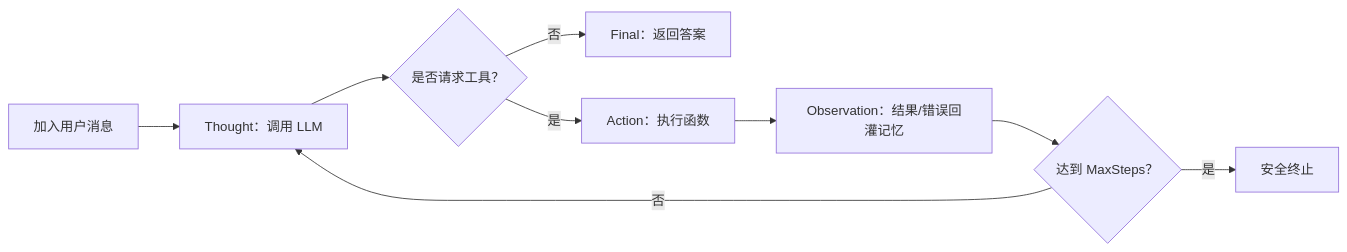
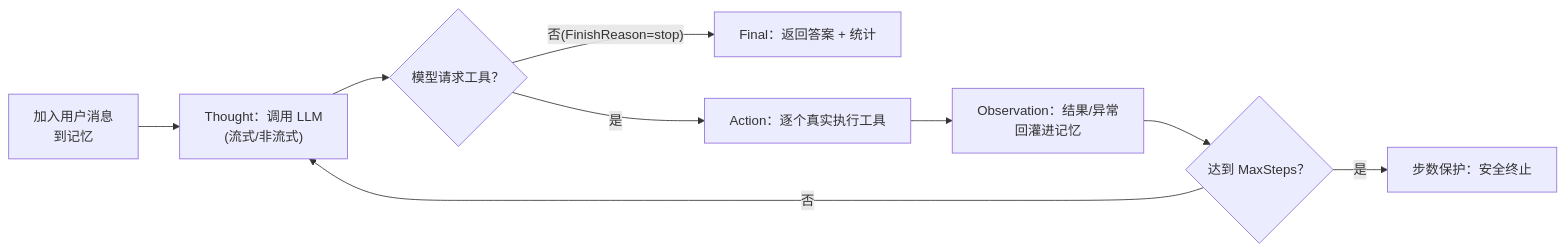
Before and after one commit to Effulgence12/CodeReviewAgent-dotnet: the second of 5 diagrams in docs/architecture.md, drawn with Mermaid. The commit also changed other lines of this file and 9 other files, not shown here.

````diff
--- a/docs/architecture.md
+++ b/docs/architecture.md
@@ -40,11 +81,11 @@
 ```mermaid
 flowchart LR
-    S["加入用户消息"] --> T["Thought：调用 LLM"]
-    T --> Q{"是否请求工具？"}
-    Q -- "否" --> F["Final：返回答案"]
-    Q -- "是" --> A["Action：执行函数"]
-    A --> O["Observation：结果/错误回灌记忆"]
+    S["加入用户消息<br/>到记忆"] --> T["Thought：调用 LLM<br/>(流式/非流式)"]
+    T --> Q{"模型请求工具？"}
+    Q -- "否(FinishReason=stop)" --> F["Final：返回答案 + 统计"]
+    Q -- "是" --> A["Action：逐个真实执行工具"]
+    A --> O["Observation：结果/异常<br/>回灌进记忆"]
     O --> G{"达到 MaxSteps？"}
     G -- "否" --> T
-    G -- "是" --> X["安全终止"]
+    G -- "是" --> X["步数保护：安全终止"]
 ```
````
